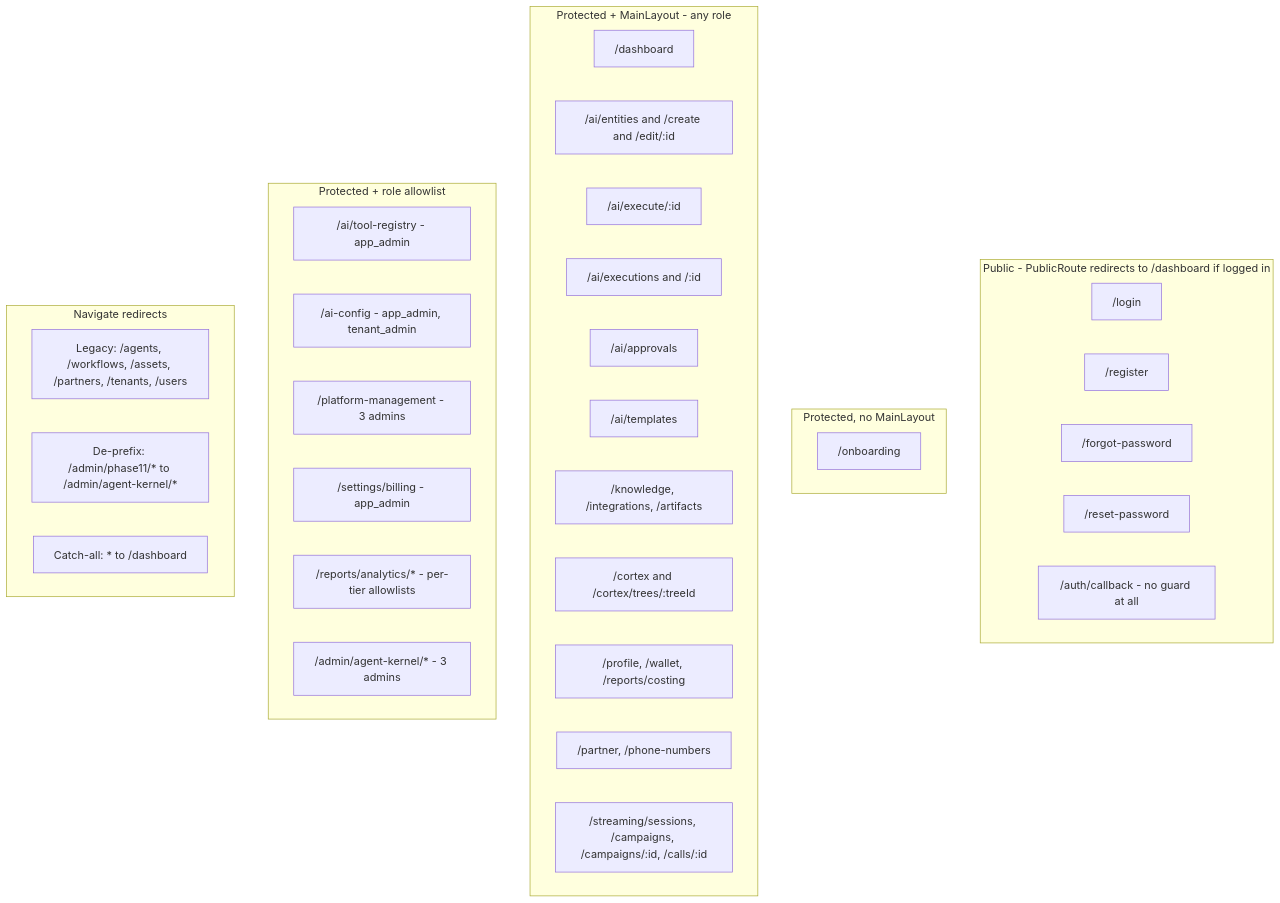
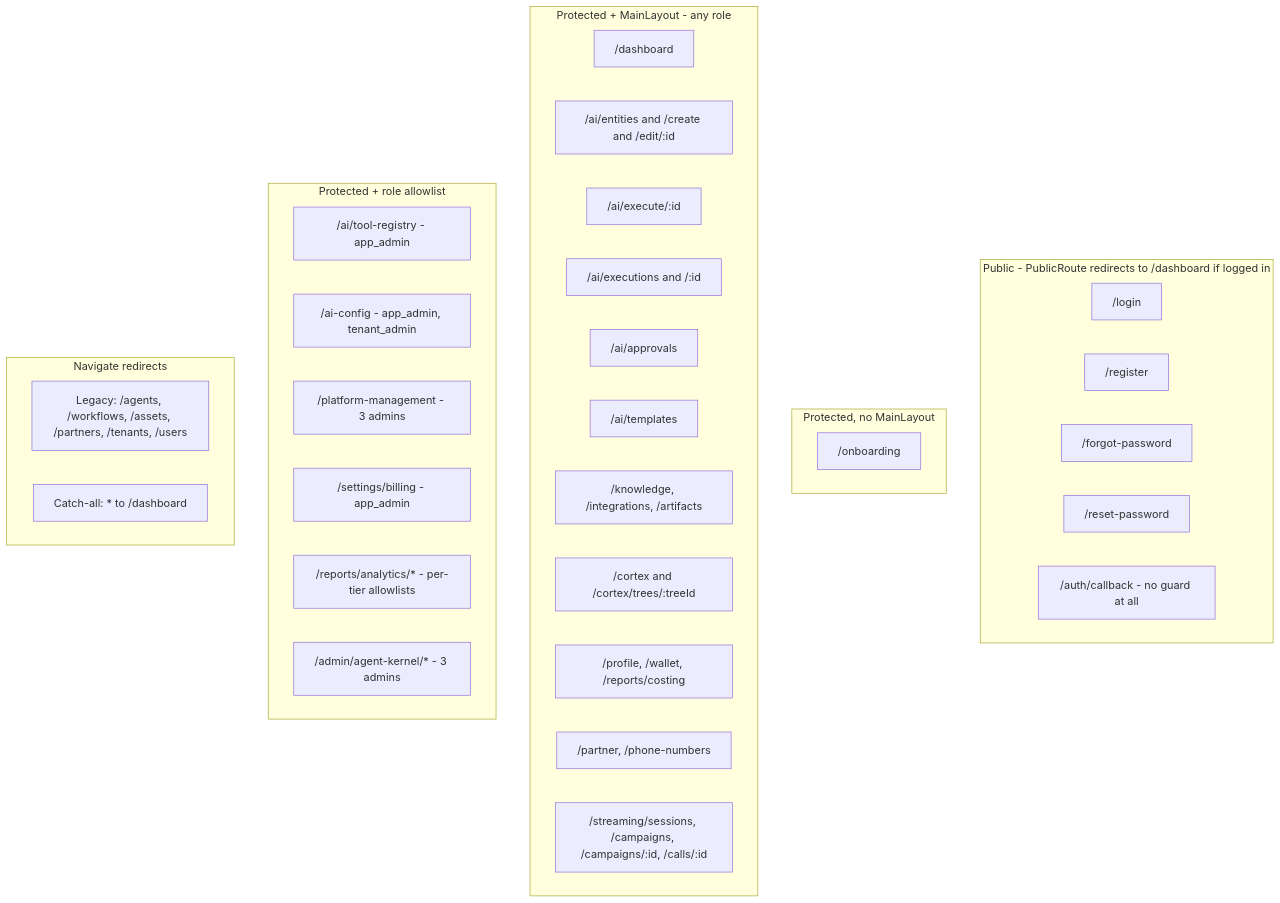
Before and after one commit to gondolerahul/hire-buddha-app: the fifth of 26 diagrams in docs/current/16-frontend.md, drawn with Mermaid. The commit also changed other lines of this file and 8 other files, not shown here.

````diff
--- a/docs/current/16-frontend.md
+++ b/docs/current/16-frontend.md
@@ -332,39 +332,38 @@
 ```mermaid
 graph TB
     subgraph Public["Public - PublicRoute redirects to /dashboard if logged in"]
         P1["/login"]
         P2["/register"]
         P3["/forgot-password"]
         P4["/reset-password"]
         P5["/auth/callback - no guard at all"]
     end
     subgraph NoLayout["Protected, no MainLayout"]
         N1["/onboarding"]
     end
     subgraph Core["Protected + MainLayout - any role"]
         C1["/dashboard"]
         C2["/ai/entities and /create and /edit/:id"]
         C3["/ai/execute/:id"]
         C4["/ai/executions and /:id"]
         C5["/ai/approvals"]
         C6["/ai/templates"]
         C7["/knowledge, /integrations, /artifacts"]
         C8["/cortex and /cortex/trees/:treeId"]
         C9["/profile, /wallet, /reports/costing"]
         C10["/partner, /phone-numbers"]
         C11["/streaming/sessions, /campaigns, /campaigns/:id, /calls/:id"]
     end
     subgraph Gated["Protected + role allowlist"]
         G1["/ai/tool-registry - app_admin"]
         G2["/ai-config - app_admin, tenant_admin"]
         G3["/platform-management - 3 admins"]
         G4["/settings/billing - app_admin"]
         G5["/reports/analytics/* - per-tier allowlists"]
         G6["/admin/agent-kernel/* - 3 admins"]
     end
     subgraph Redirects["Navigate redirects"]
         R1["Legacy: /agents, /workflows, /assets, /partners, /tenants, /users"]
-        R2["De-prefix: /admin/phase11/* to /admin/agent-kernel/*"]
         R3["Catch-all: * to /dashboard"]
     end
 ```
````
